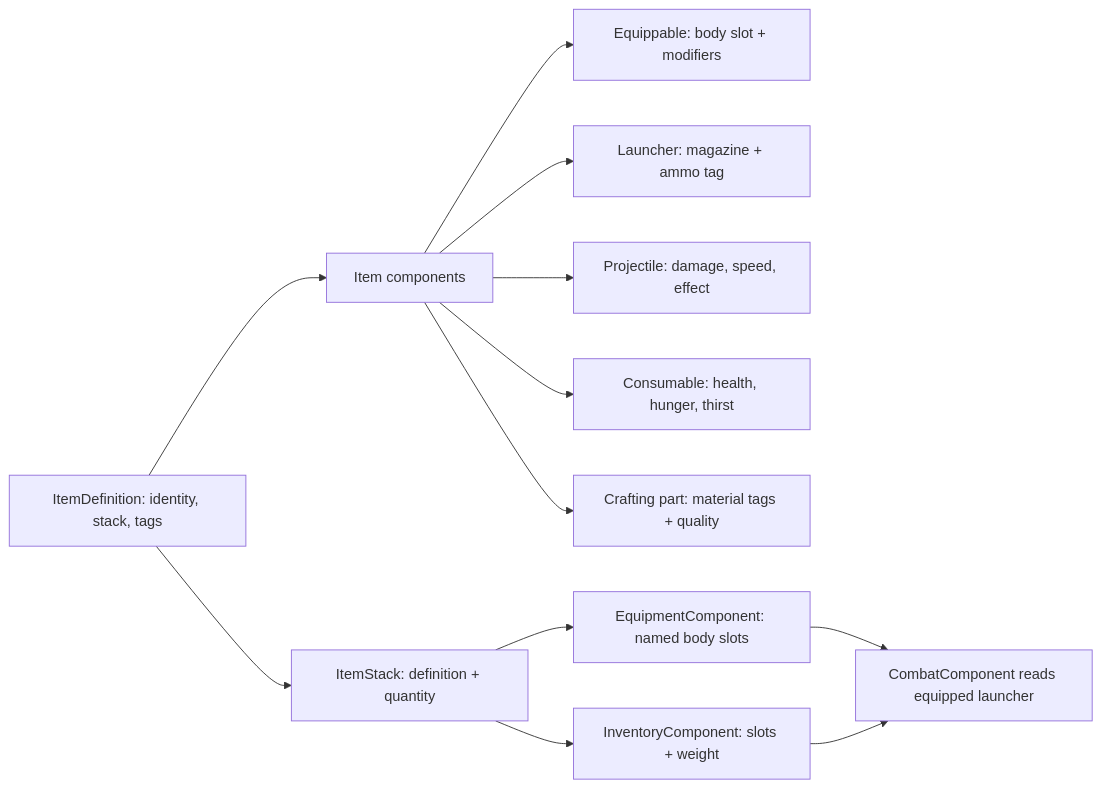
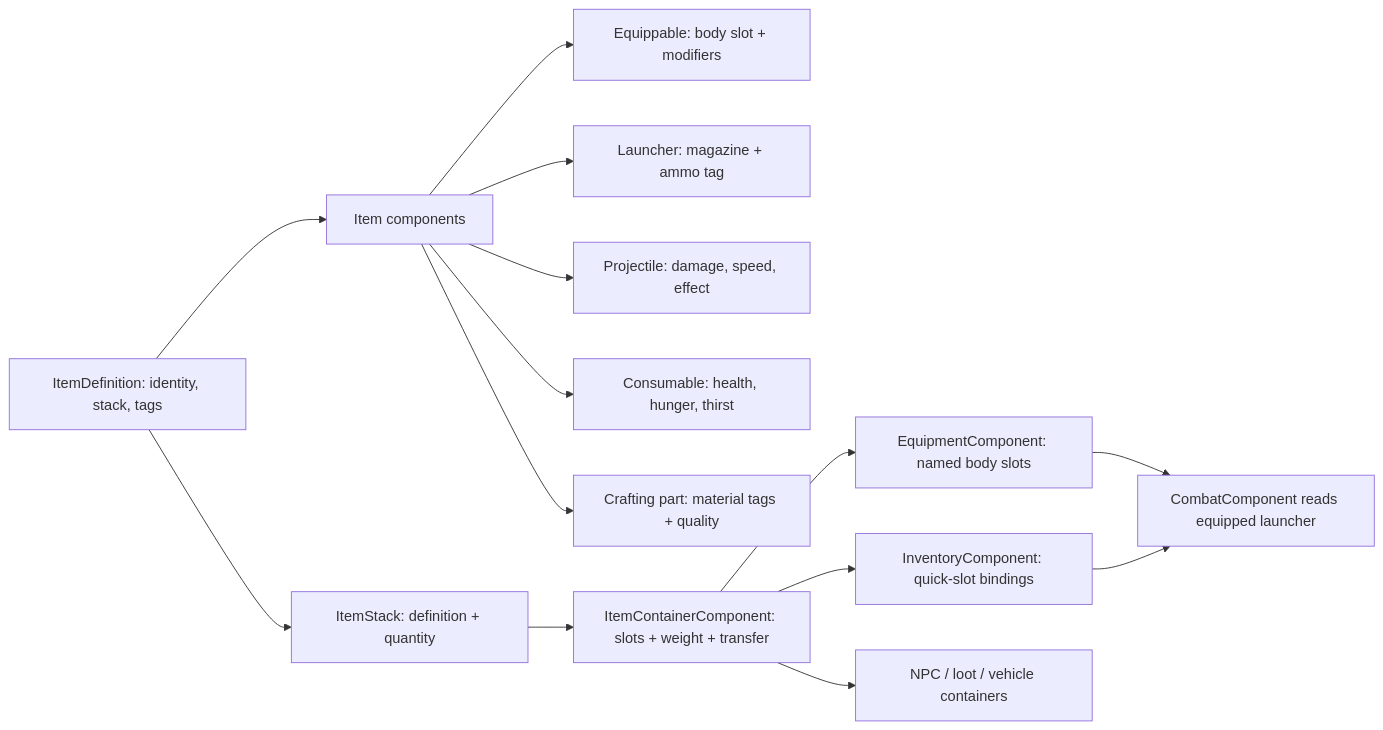
Before and after one commit to crazybach/AIGodot: the diagram in docs/GDD_ITEM_EQUIPMENT_INVENTORY.md, drawn with Mermaid. The commit also changed other lines of this file and 18 other files, not shown here.

````diff
--- a/docs/GDD_ITEM_EQUIPMENT_INVENTORY.md
+++ b/docs/GDD_ITEM_EQUIPMENT_INVENTORY.md
@@ -26,14 +26,16 @@
 ```mermaid
 flowchart LR
   D[ItemDefinition: identity, stack, tags] --> C[Item components]
   C --> E[Equippable: body slot + modifiers]
   C --> L[Launcher: magazine + ammo tag]
   C --> P[Projectile: damage, speed, effect]
   C --> U[Consumable: health, hunger, thirst]
   C --> R[Crafting part: material tags + quality]
   D --> S[ItemStack: definition + quantity]
-  S --> I[InventoryComponent: slots + weight]
-  S --> Q[EquipmentComponent: named body slots]
+  S --> K[ItemContainerComponent: slots + weight + transfer]
+  K --> I[InventoryComponent: quick-slot bindings]
+  K --> Q[EquipmentComponent: named body slots]
+  K --> N[NPC / loot / vehicle containers]
   Q --> W[CombatComponent reads equipped launcher]
   I --> W
 ```
````
